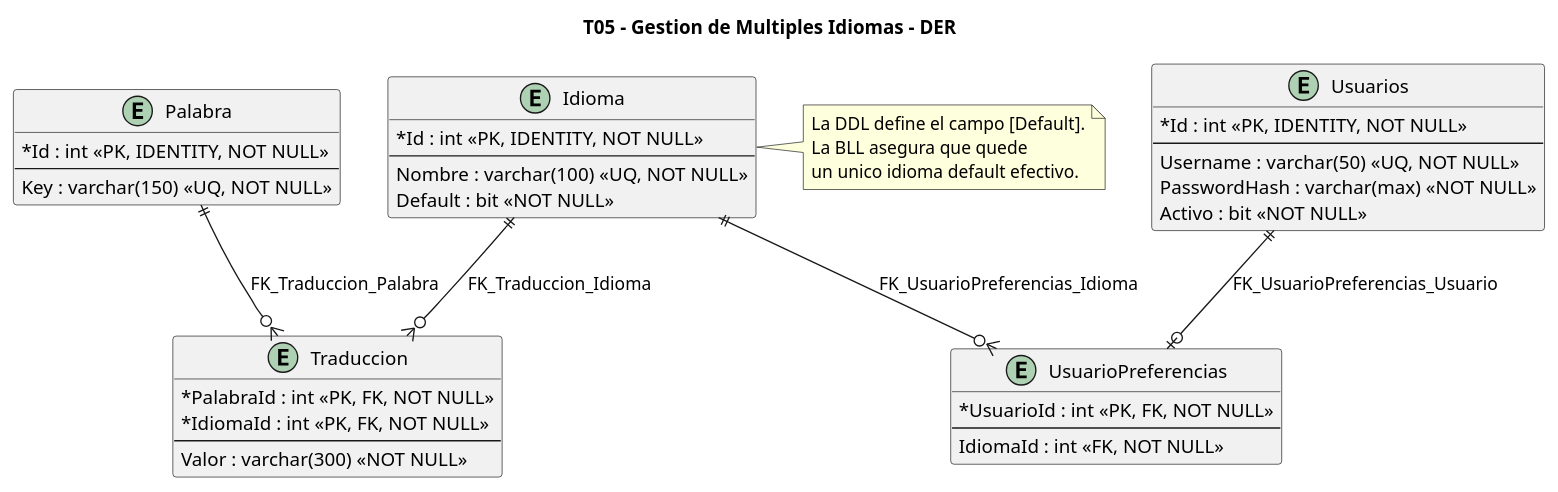
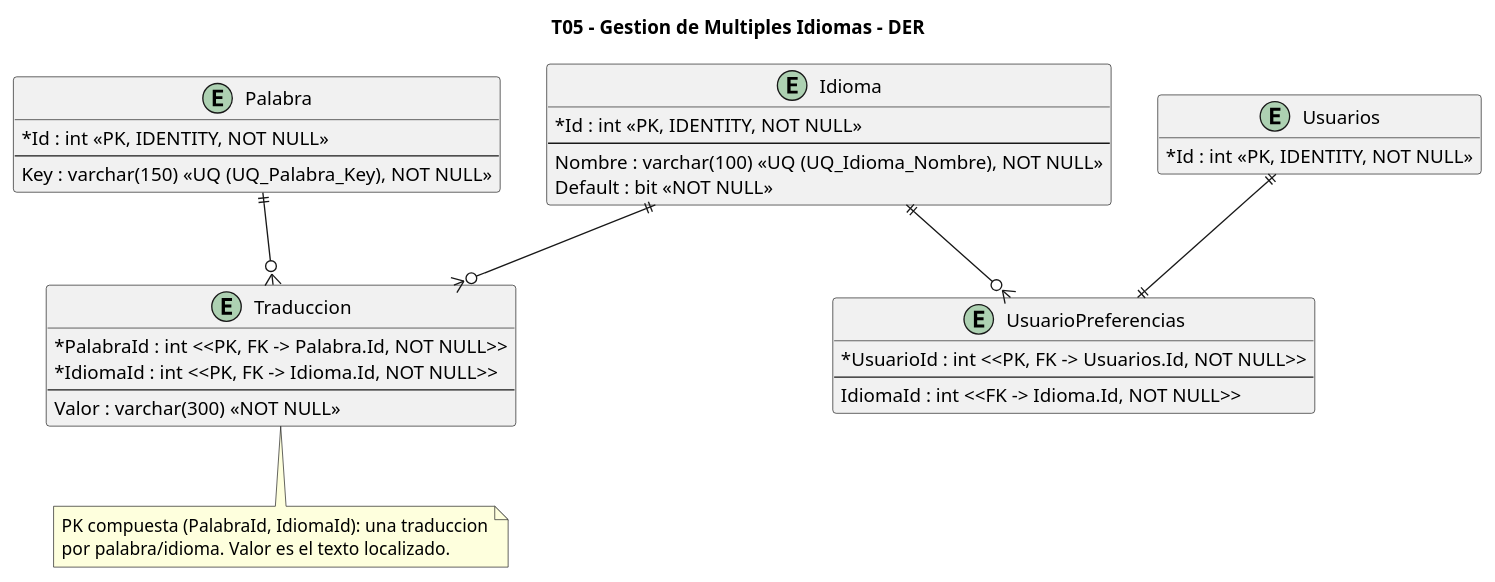
One commit to aggutierrez98/TP-TD changed the diagram in diagramas/T05-multidioma/T05-multidioma-datos.puml. Above: the diagram before and after it, drawn with PlantUML. The commit also changed 56 other files, not shown here.

Commit message:
Agregar diagramas

```diff
--- a/diagramas/T05-multidioma/T05-multidioma-datos.puml
+++ b/diagramas/T05-multidioma/T05-multidioma-datos.puml
@@ -1,53 +1,50 @@
 @startuml
 title T05 - Gestion de Multiples Idiomas - DER
 
 hide methods
 hide stereotypes
+skinparam backgroundColor white
 skinparam classAttributeIconSize 0
-
-entity "Usuarios" as Usuarios {
-  *Id : int <<PK, IDENTITY, NOT NULL>>
-  --
-  Username : varchar(50) <<UQ, NOT NULL>>
-  PasswordHash : varchar(max) <<NOT NULL>>
-  Activo : bit <<NOT NULL>>
-}
+skinparam shadowing false
 
 entity "Idioma" as Idioma {
   *Id : int <<PK, IDENTITY, NOT NULL>>
   --
-  Nombre : varchar(100) <<UQ, NOT NULL>>
+  Nombre : varchar(100) <<UQ (UQ_Idioma_Nombre), NOT NULL>>
   Default : bit <<NOT NULL>>
 }
 
 entity "Palabra" as Palabra {
   *Id : int <<PK, IDENTITY, NOT NULL>>
   --
-  Key : varchar(150) <<UQ, NOT NULL>>
+  Key : varchar(150) <<UQ (UQ_Palabra_Key), NOT NULL>>
 }
 
 entity "Traduccion" as Traduccion {
-  *PalabraId : int <<PK, FK, NOT NULL>>
-  *IdiomaId : int <<PK, FK, NOT NULL>>
+  *PalabraId : int <<PK, FK -> Palabra.Id, NOT NULL>>
+  *IdiomaId : int <<PK, FK -> Idioma.Id, NOT NULL>>
   --
   Valor : varchar(300) <<NOT NULL>>
 }
 
-entity "UsuarioPreferencias" as UsuarioPreferencias {
-  *UsuarioId : int <<PK, FK, NOT NULL>>
+entity "UsuarioPreferencias" as Pref {
+  *UsuarioId : int <<PK, FK -> Usuarios.Id, NOT NULL>>
   --
-  IdiomaId : int <<FK, NOT NULL>>
+  IdiomaId : int <<FK -> Idioma.Id, NOT NULL>>
 }
 
-Palabra ||--o{ Traduccion : FK_Traduccion_Palabra
-Idioma ||--o{ Traduccion : FK_Traduccion_Idioma
-Usuarios ||--o| UsuarioPreferencias : FK_UsuarioPreferencias_Usuario
-Idioma ||--o{ UsuarioPreferencias : FK_UsuarioPreferencias_Idioma
+entity "Usuarios" as Usuarios {
+  *Id : int <<PK, IDENTITY, NOT NULL>>
+}
 
-note right of Idioma
-  La DDL define el campo [Default].
-  La BLL asegura que quede
-  un unico idioma default efectivo.
+Palabra ||--o{ Traduccion
+Idioma  ||--o{ Traduccion
+Idioma  ||--o{ Pref
+Usuarios ||--|| Pref
+
+note bottom of Traduccion
+  PK compuesta (PalabraId, IdiomaId): una traduccion
+  por palabra/idioma. Valor es el texto localizado.
 end note
 
 @enduml
```
